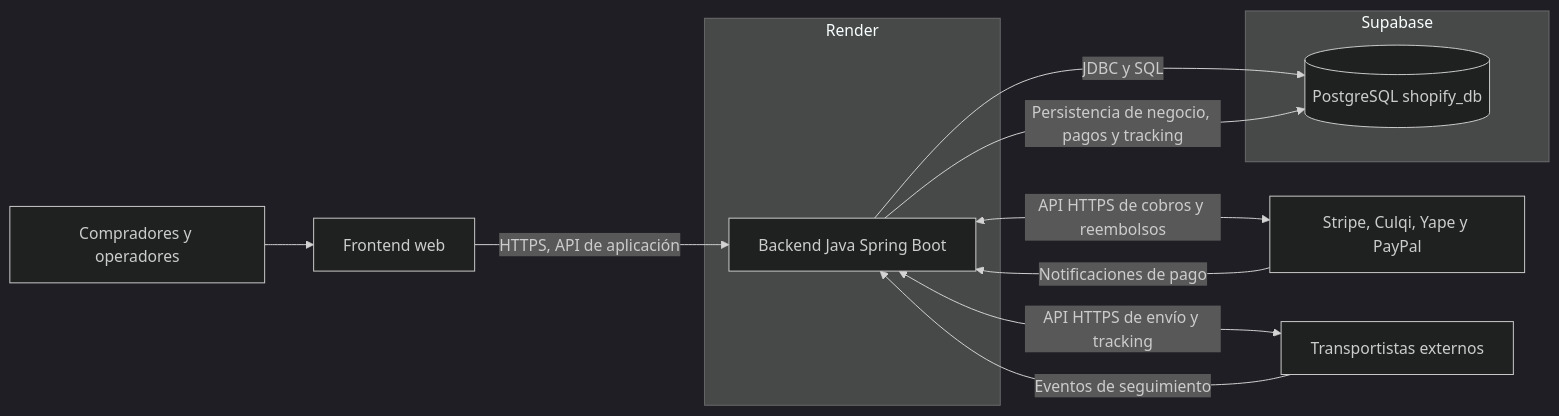
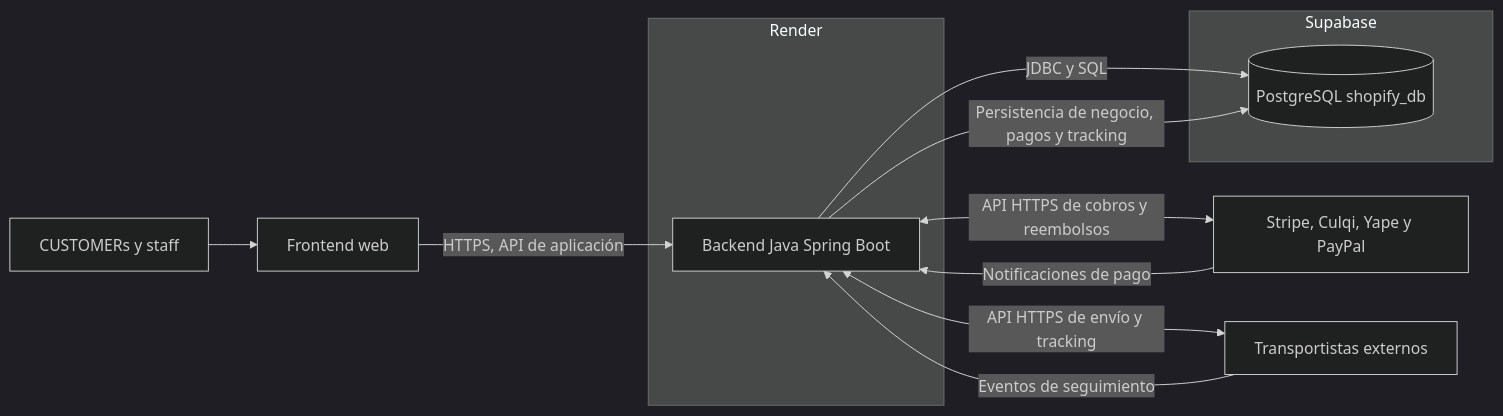
One commit to LeandroPacsiM/shopify-backend changed the diagram in shopify_db/docs/01-arquitectura.md. Above: the diagram before and after it, drawn with Mermaid (dark theme). The commit also changed other lines of this file and 21 other files, not shown here.

First line of the commit message:
F0: terminologia canonica ADR-016 en docs y diagramas

````diff
--- a/shopify_db/docs/01-arquitectura.md
+++ b/shopify_db/docs/01-arquitectura.md
@@ -35,21 +35,21 @@
 ```mermaid
 flowchart LR
-    U[Compradores y operadores] --> FE[Frontend web]
+    U[CUSTOMERs y staff] --> FE[Frontend web]
 
     subgraph APP[Render]
         BE[Backend Java Spring Boot]
     end
 
     FE -->|HTTPS, API de aplicación| BE
 
     subgraph DATA[Supabase]
         DB[(PostgreSQL shopify_db)]
     end
 
     BE -->|JDBC y SQL| DB
     BE <-->|API HTTPS de cobros y reembolsos| PAY[Stripe, Culqi, Yape y PayPal]
     PAY -->|Notificaciones de pago| BE
     BE <-->|API HTTPS de envío y tracking| CAR[Transportistas externos]
     CAR -->|Eventos de seguimiento| BE
     BE -->|Persistencia de negocio, pagos y tracking| DB
 ```
````
